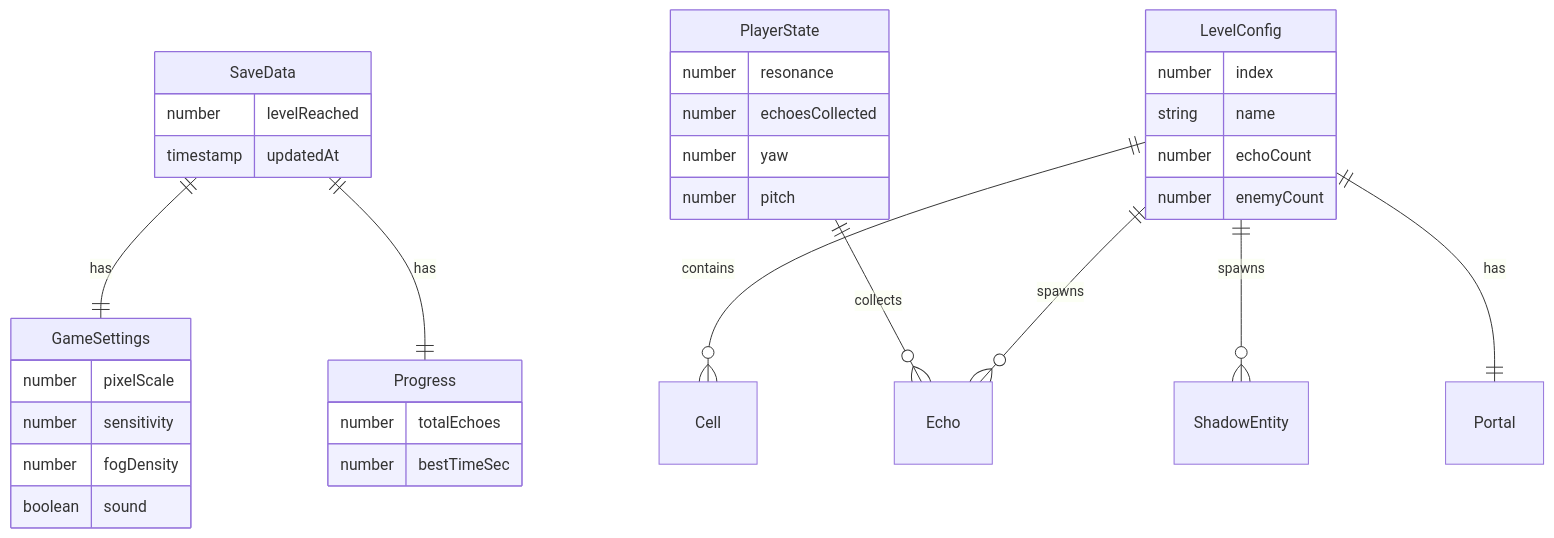
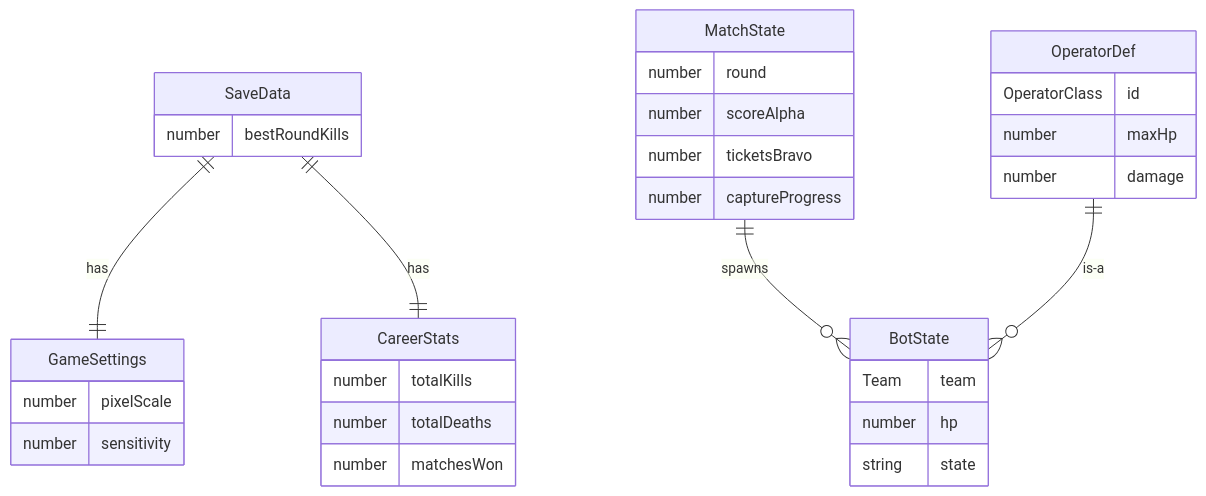
Before and after one commit to woshiabc55/AE: the second of 2 diagrams in .trae/documents/TechnicalArchitecture.md, drawn with Mermaid. The commit also changed other lines of this file and 26 other files, not shown here.

````diff
--- a/.trae/documents/TechnicalArchitecture.md
+++ b/.trae/documents/TechnicalArchitecture.md
@@ -95,37 +104,24 @@
 ```mermaid
 erDiagram
     SaveData ||--|| GameSettings : has
-    SaveData ||--|| Progress : has
-    LevelConfig ||--o{ Cell : contains
-    PlayerState ||--o{ Echo : collects
-    LevelConfig ||--o{ Echo : spawns
-    LevelConfig ||--o{ ShadowEntity : spawns
-    LevelConfig ||--|| Portal : has
+    SaveData ||--|| CareerStats : has
+    MatchState ||--o{ BotState : spawns
+    OperatorDef ||--o{ BotState : "is-a"
 
-    SaveData {
-        number levelReached
-        timestamp updatedAt
-    }
-    GameSettings {
-        number pixelScale
-        number sensitivity
-        number fogDensity
-        boolean sound
-    }
-    Progress {
-        number totalEchoes
-        number bestTimeSec
-    }
-    LevelConfig {
-        number index
-        string name
-        number echoCount
-        number enemyCount
-    }
-    PlayerState {
-        number resonance
-        number echoesCollected
-        number yaw
-        number pitch
-    }
+    SaveData { number bestRoundKills }
+    GameSettings { number pixelScale }
+    GameSettings { number sensitivity }
+    CareerStats { number totalKills }
+    CareerStats { number totalDeaths }
+    CareerStats { number matchesWon }
+    MatchState { number round }
+    MatchState { number scoreAlpha }
+    MatchState { number ticketsBravo }
+    MatchState { number captureProgress }
+    BotState { Team team }
+    BotState { number hp }
+    BotState { string state }
+    OperatorDef { OperatorClass id }
+    OperatorDef { number maxHp }
+    OperatorDef { number damage }
 ```
````
